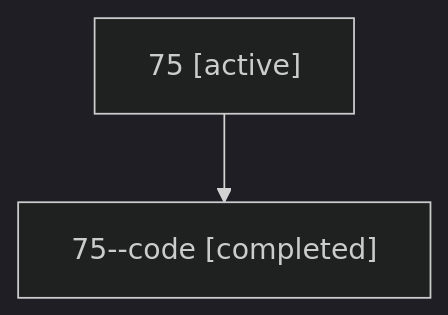
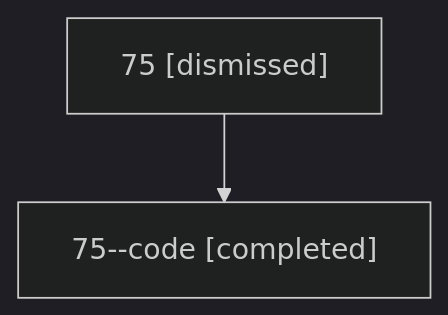
One commit to sase-org/sase--agents changed the diagram in sessions/bbugyi200.athena.75.md. Above: the diagram before and after it, drawn with Mermaid (dark theme). The commit also changed other lines of this file and 34 other files, not shown here.

````diff
--- a/sessions/bbugyi200.athena.75.md
+++ b/sessions/bbugyi200.athena.75.md
@@ -9,6 +9,6 @@
 ```mermaid
 flowchart TD
-  n0["75 [active]"]
+  n0["75 [dismissed]"]
   n1["75--code [completed]"]
   n0 --> n1
 ```
````
